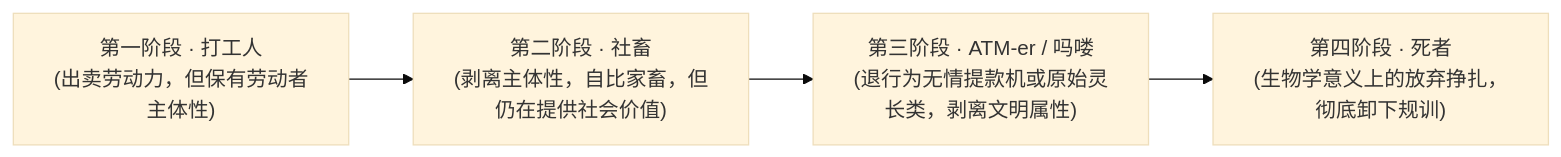
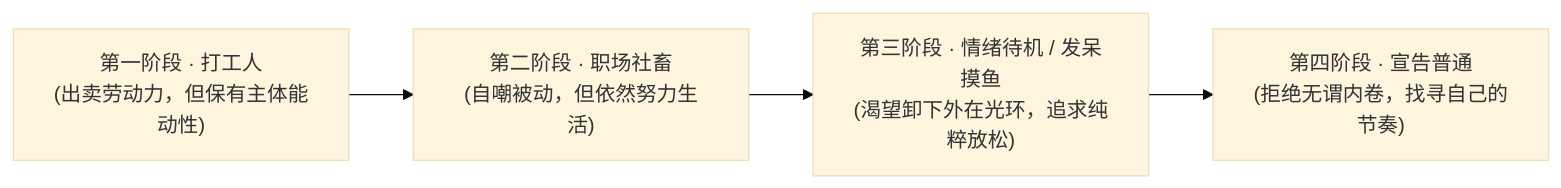
One commit to NJUPT-CS-StuDev/studev changed the second of 4 diagrams in src/content/life/essay-cyber-prison-sbti.md. Above: the diagram before and after it, drawn with Mermaid (base theme). The commit also changed other lines of this file and 7 other files, not shown here.

````diff
--- a/src/content/life/essay-cyber-prison-sbti.md
+++ b/src/content/life/essay-cyber-prison-sbti.md
@@ -87,6 +85,6 @@
 ```mermaid
 flowchart LR
-    L1["第一阶段 · 打工人<br/>(出卖劳动力，但保有劳动者主体性)"] --> L2["第二阶段 · 社畜<br/>(剥离主体性，自比家畜，但仍在提供社会价值)"]
-    L2 --> L3["第三阶段 · ATM-er / 吗喽<br/>(退行为无情提款机或原始灵长类，剥离文明属性)"]
-    L3 --> L4["第四阶段 · 死者<br/>(生物学意义上的放弃挣扎，彻底卸下规训)"]
+    L1["第一阶段 · 打工人<br/>(出卖劳动力，但保有主体能动性)"] --> L2["第二阶段 · 职场社畜<br/>(自嘲被动，但依然努力生活)"]
+    L2 --> L3["第三阶段 · 情绪待机 / 发呆摸鱼<br/>(渴望卸下外在光环，追求纯粹放松)"]
+    L3 --> L4["第四阶段 · 宣告普通<br/>(拒绝无谓内卷，找寻自己的节奏)"]
 ```
````
